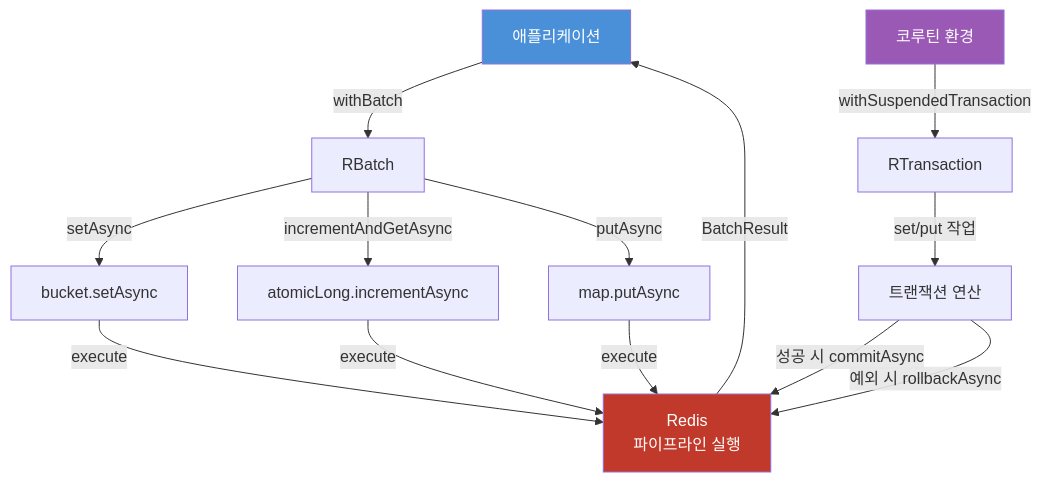
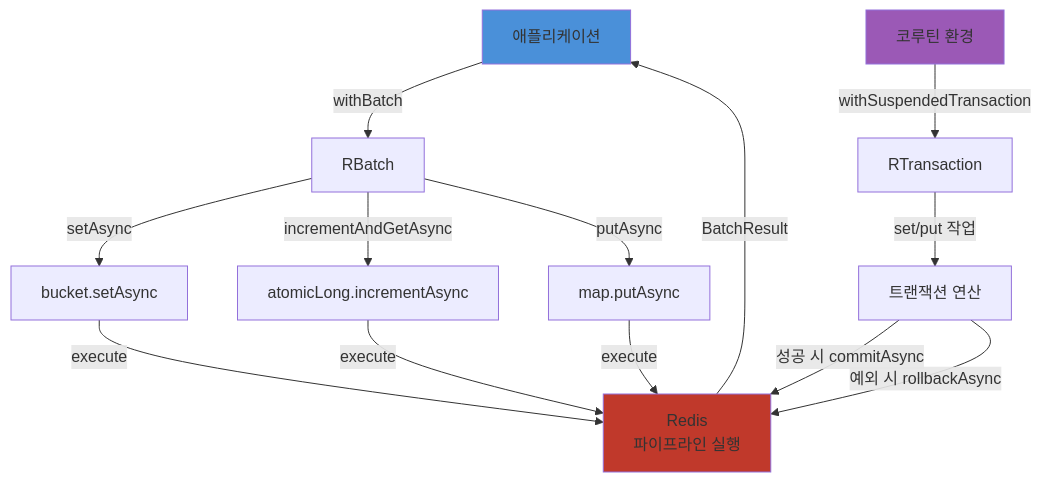
Before and after one commit to bluetape4k/bluetape4k-projects: the fourth of 4 diagrams in infra/redisson/README.md, drawn with Mermaid. The commit also changed other lines of this file and 74 other files, not shown here.

First line of the commit message:
docs: bluetape4k/core/coroutines/logging, io/feign~vertx README 색상 Mermaid UML 추가

````diff
--- a/infra/redisson/README.md
+++ b/infra/redisson/README.md
@@ -408,18 +415,18 @@
 ```mermaid
 flowchart TD
     App[애플리케이션] -->|withBatch| Batch[RBatch]
     Batch -->|setAsync| Op1[bucket.setAsync]
     Batch -->|incrementAndGetAsync| Op2[atomicLong.incrementAsync]
     Batch -->|putAsync| Op3[map.putAsync]
     Op1 & Op2 & Op3 -->|execute| Redis[Redis<br/>파이프라인 실행]
     Redis -->|BatchResult| App
 
     App2[코루틴 환경] -->|withSuspendedTransaction| Tx[RTransaction]
     Tx -->|set/put 작업| TxOps[트랜잭션 연산]
     TxOps -->|성공 시 commitAsync| Redis
     TxOps -->|예외 시 rollbackAsync| Redis
 
-    style App fill:#4a90d9,color:#fff
-    style App2 fill:#9b59b6,color:#fff
-    style Redis fill:#c0392b,color:#fff
+    style App fill:#4a90d9
+    style App2 fill:#9b59b6
+    style Redis fill:#c0392b
 ```
````
